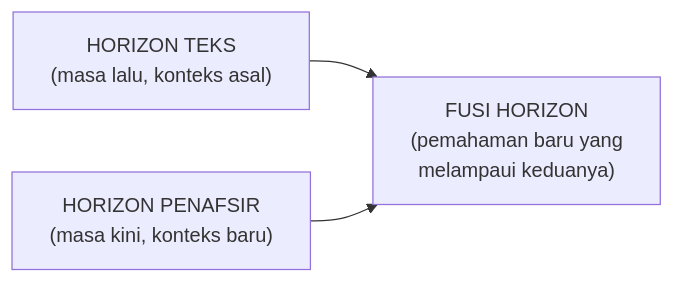
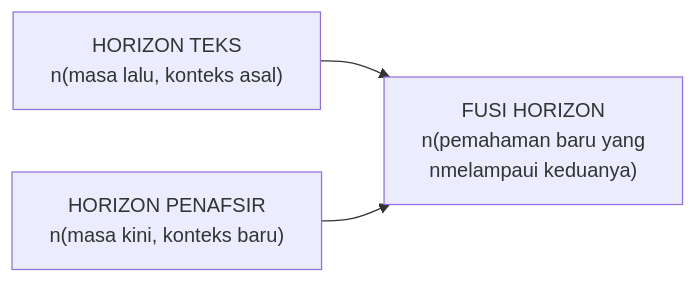
The eighth of 10 diagrams in content/Lectures/filsafat-hukum-postmidterm.md (hifdzimaulana/beate-vivere), drawn with Mermaid before and after one commit. The commit also changed other lines of this file, not shown here.

````diff
--- a/content/Lectures/filsafat-hukum-postmidterm.md
+++ b/content/Lectures/filsafat-hukum-postmidterm.md
@@ -598,8 +620,8 @@
 ```mermaid
 graph LR
-    A["HORIZON TEKS\n(masa lalu, konteks asal)"]
-    B["HORIZON PENAFSIR\n(masa kini, konteks baru)"]
-    C["FUSI HORIZON\n(pemahaman baru yang\nmelampaui keduanya)"]
+    A["HORIZON TEKS<br/>n(masa lalu, konteks asal)"]
+    B["HORIZON PENAFSIR<br/>n(masa kini, konteks baru)"]
+    C["FUSI HORIZON<br/>n(pemahaman baru yang<br/>nmelampaui keduanya)"]
     A --> C
     B --> C
 ```
````
